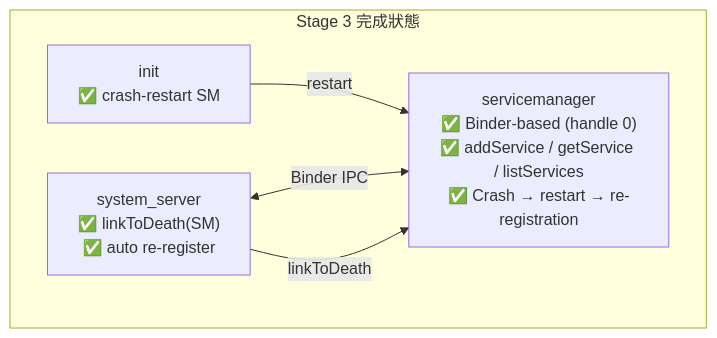
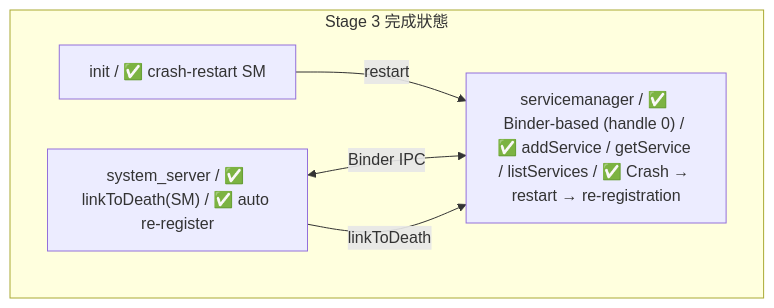
Diagram 15 of 26 in docs/learning-guide.md (Owen771/mini-AOSP), drawn with Mermaid before and after one commit. The commit also changed other lines of this file and 34 other files, not shown here.

````diff
--- a/docs/learning-guide.md
+++ b/docs/learning-guide.md
@@ -1554,12 +1574,12 @@
 ```mermaid
 graph TB
-    subgraph "Stage 3 完成狀態"
-        SM["servicemanager<br/>✅ Binder-based (handle 0)<br/>✅ addService / getService / listServices<br/>✅ Crash → restart → re-registration"]
-        SS["system_server<br/>✅ linkToDeath(SM)<br/>✅ auto re-register"]
-        INIT["init<br/>✅ crash-restart SM"]
-    end
+ subgraph "Stage 3 完成狀態"
+ SM["servicemanager / ✅ Binder-based (handle 0) / ✅ addService / getService / listServices / ✅ Crash → restart → re-registration"]
+ SS["system_server / ✅ linkToDeath(SM) / ✅ auto re-register"]
+ INIT["init / ✅ crash-restart SM"]
+ end
 
-    INIT -->|"restart"| SM
-    SS <-->|"Binder IPC"| SM
-    SS -->|"linkToDeath"| SM
+ INIT -->|"restart"| SM
+ SS <-->|"Binder IPC"| SM
+ SS -->|"linkToDeath"| SM
 ```
````
